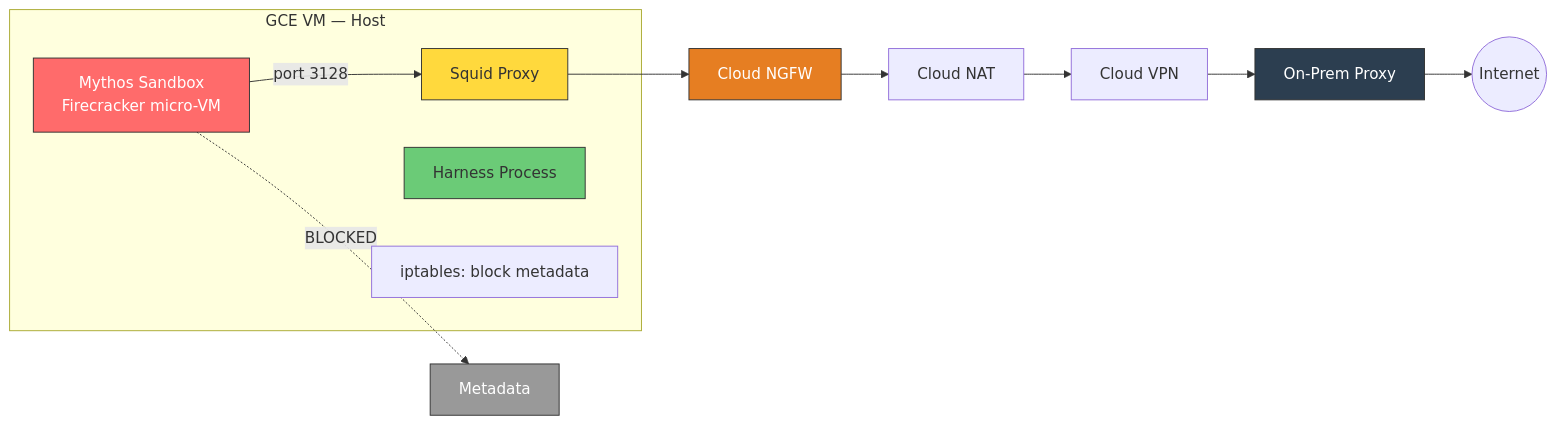
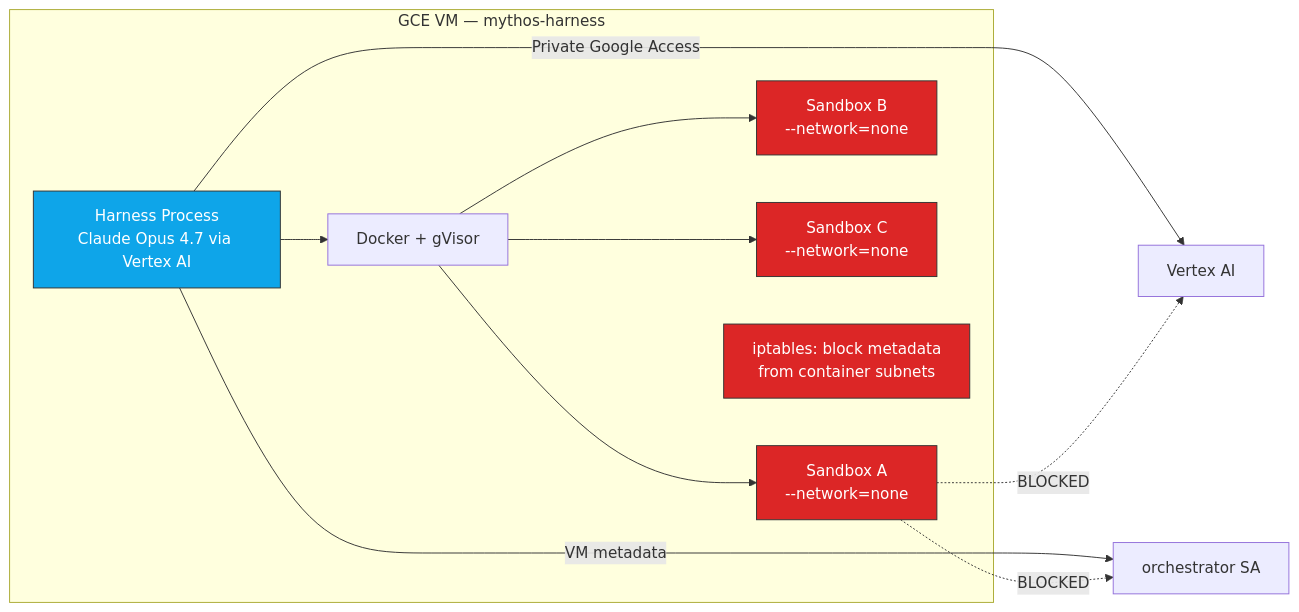
Before and after one commit to prashantkul/anthropic-mythos-on-gcp: the diagram in options/gce-docker.md, drawn with Mermaid. The commit also changed other lines of this file, not shown here.

First line of the commit message:
Update GCE option to match actual deployed configuration

````diff
--- a/options/gce-docker.md
+++ b/options/gce-docker.md
@@ -7,23 +10,22 @@
 ```mermaid
 graph LR
-    subgraph "GCE VM — Host"
-        AGENT[Mythos Sandbox\nFirecracker micro-VM] -->|port 3128| PROXY[Squid Proxy]
-        ORCH[Harness Process]
-        IPT[iptables: block metadata]
+    subgraph "GCE VM — mythos-harness"
+        HARNESS[Harness Process\nClaude Opus 4.7 via Vertex AI] --> DOCKER[Docker + gVisor]
+        DOCKER --> SA[Sandbox A\n--network=none]
+        DOCKER --> SB[Sandbox B\n--network=none]
+        DOCKER --> SC[Sandbox C\n--network=none]
+        IPT[iptables: block metadata\nfrom container subnets]
     end
 
-    PROXY --> NGFW[Cloud NGFW]
-    NGFW --> NAT[Cloud NAT]
-    NAT --> VPN[Cloud VPN]
-    VPN --> ONPREM[On-Prem Proxy]
-    ONPREM --> EXT((Internet))
+    HARNESS -->|Private Google Access| VTXAI[Vertex AI]
+    HARNESS -->|VM metadata| SA_GCP[orchestrator SA]
 
-    AGENT -.->|BLOCKED| META[Metadata]
+    SA -.->|BLOCKED| VTXAI
+    SA -.->|BLOCKED| SA_GCP
 
-    style AGENT fill:#ff6b6b,stroke:#333,color:#fff
-    style PROXY fill:#ffd93d,stroke:#333
-    style ORCH fill:#6bcb77,stroke:#333
-    style NGFW fill:#e67e22,stroke:#333,color:#fff
-    style ONPREM fill:#2c3e50,stroke:#333,color:#fff
-    style META fill:#999,stroke:#333,color:#fff
+    style HARNESS fill:#0ea5e9,stroke:#333,color:#fff
+    style SA fill:#dc2626,stroke:#333,color:#fff
+    style SB fill:#dc2626,stroke:#333,color:#fff
+    style SC fill:#dc2626,stroke:#333,color:#fff
+    style IPT fill:#dc2626,stroke:#333,color:#fff
 ```
````
